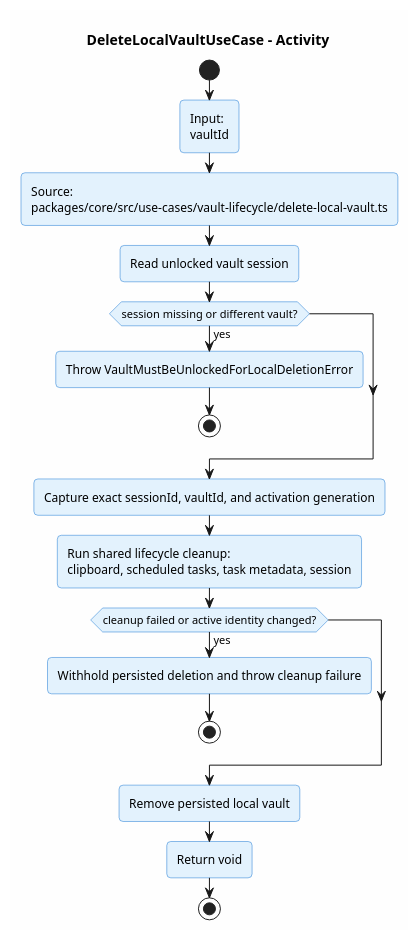
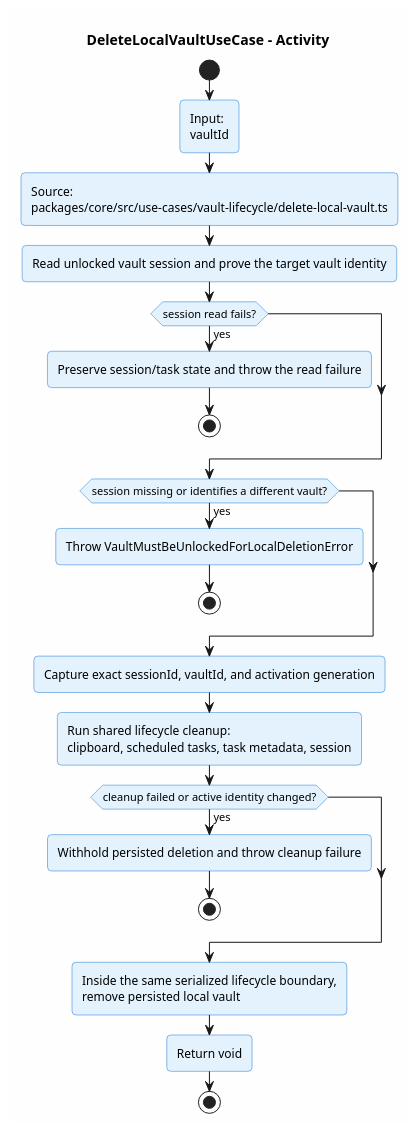
One commit to ArionStudio/engr-serverless-pm changed the diagram in docs/v1/use-case/vault-lifecycle/delete-local-vault.activity.puml. Above: the diagram before and after it, drawn with PlantUML. The commit also changed 50 other files, not shown here.

Commit message:
fix(core): complete session lifecycle hardening

```diff
--- a/docs/v1/use-case/vault-lifecycle/delete-local-vault.activity.puml
+++ b/docs/v1/use-case/vault-lifecycle/delete-local-vault.activity.puml
@@ -1,29 +1,33 @@
 @startuml delete-local-vault-activity
 title DeleteLocalVaultUseCase - Activity
 
 skinparam backgroundColor #FEFEFE
 skinparam roundcorner 8
 skinparam shadowing false
 skinparam activity {
   BackgroundColor #E3F2FD
   BorderColor #1976D2
 }
 
 start
 :Input:\nvaultId;
 :Source:\npackages/core/src/use-cases/vault-lifecycle/delete-local-vault.ts;
-:Read unlocked vault session;
-if (session missing or different vault?) then (yes)
+:Read unlocked vault session and prove the target vault identity;
+if (session read fails?) then (yes)
+  :Preserve session/task state and throw the read failure;
+  stop
+endif
+if (session missing or identifies a different vault?) then (yes)
   :Throw VaultMustBeUnlockedForLocalDeletionError;
   stop
 endif
 :Capture exact sessionId, vaultId, and activation generation;
 :Run shared lifecycle cleanup:\nclipboard, scheduled tasks, task metadata, session;
 if (cleanup failed or active identity changed?) then (yes)
   :Withhold persisted deletion and throw cleanup failure;
   stop
 endif
-:Remove persisted local vault;
+:Inside the same serialized lifecycle boundary,\nremove persisted local vault;
 :Return void;
 stop
 @enduml
```
